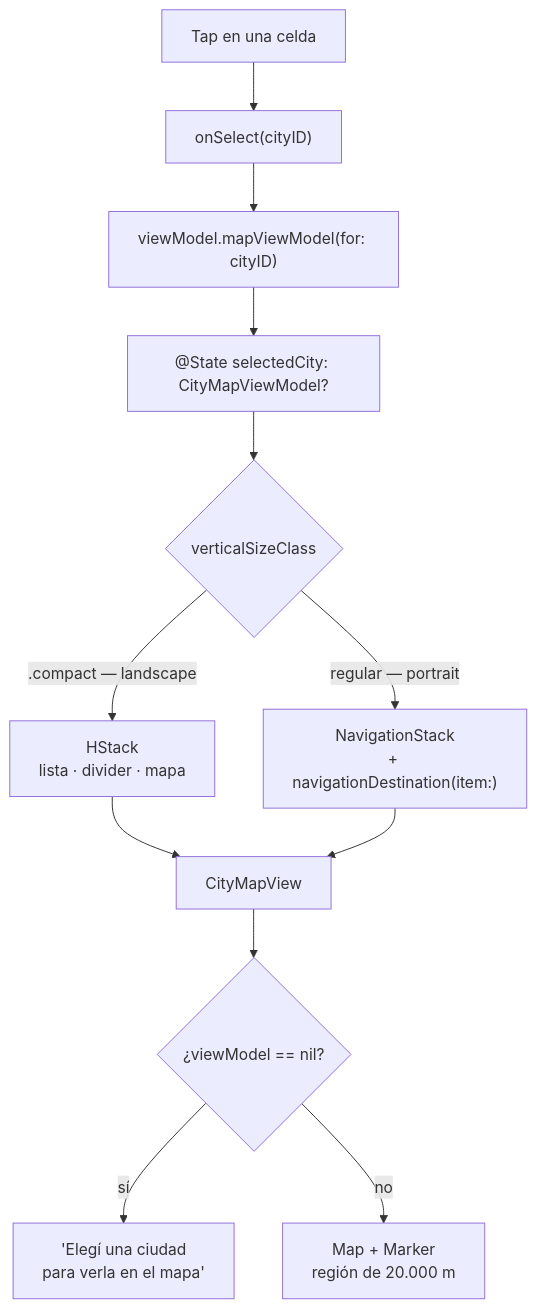
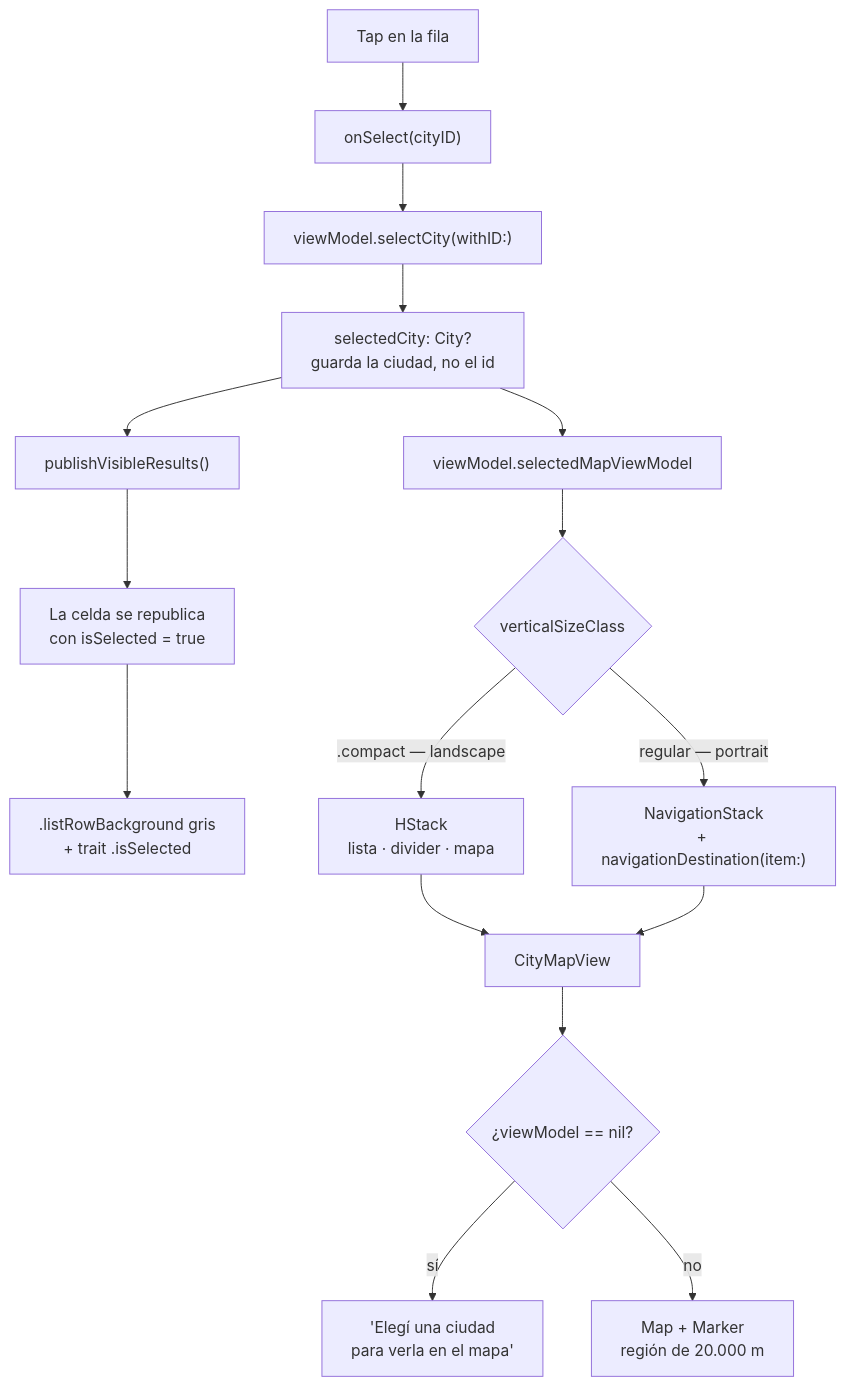
Before and after one commit to FranBazan11/ChallengeUALA: the ninth of 11 diagrams in docs/ARQUITECTURA.md, drawn with Mermaid. The commit also changed other lines of this file, not shown here.

Commit message:
Actualizar el documento de arquitectura con los cambios del MR #9

````diff
--- a/docs/ARQUITECTURA.md
+++ b/docs/ARQUITECTURA.md
@@ -570,18 +650,23 @@
 ```mermaid
 flowchart TD
-    TAP["Tap en una celda"] --> SEL["onSelect(cityID)"]
-    SEL --> MVM["viewModel.mapViewModel(for: cityID)"]
-    MVM --> STATE["@State selectedCity: CityMapViewModel?"]
+    TAP["Tap en la fila"] --> SEL["onSelect(cityID)"]
+    SEL --> CMD["viewModel.selectCity(withID:)"]
+    CMD --> STORE["selectedCity: City?<br/>guarda la ciudad, no el id"]
+    STORE --> PUB["publishVisibleResults()"]
 
-    STATE --> ORI{"verticalSizeClass"}
+    PUB --> ROW["La celda se republica<br/>con isSelected = true"]
+    ROW --> HL[".listRowBackground gris<br/>+ trait .isSelected"]
+
+    STORE --> QUERY["viewModel.selectedMapViewModel"]
+    QUERY --> ORI{"verticalSizeClass"}
 
     ORI -->|".compact — landscape"| HS["HStack<br/>lista · divider · mapa"]
     ORI -->|"regular — portrait"| NS["NavigationStack<br/>+ navigationDestination(item:)"]
 
     HS --> MAPV["CityMapView"]
     NS --> MAPV
 
     MAPV --> NIL{"¿viewModel == nil?"}
     NIL -->|sí| EMPTY["'Elegí una ciudad<br/>para verla en el mapa'"]
     NIL -->|no| MAP["Map + Marker<br/>región de 20.000 m"]
 ```
````
